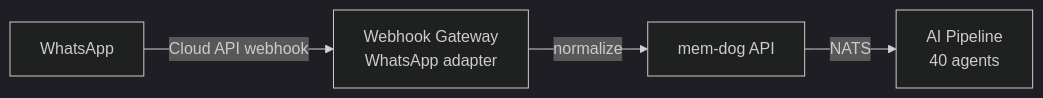
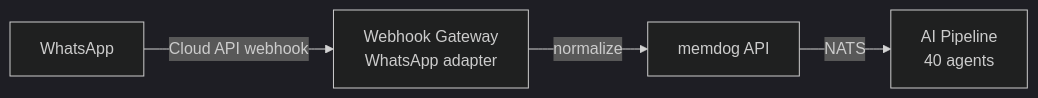
One commit to BuildGeekAI/mem-dog changed the diagram in docs/apps/whatsapp-business/setup.md. Above: the diagram before and after it, drawn with Mermaid (dark theme). The commit also changed other lines of this file and 412 other files, not shown here.

````diff
--- a/docs/apps/whatsapp-business/setup.md
+++ b/docs/apps/whatsapp-business/setup.md
@@ -7,6 +7,6 @@
 ```mermaid
 graph LR
     WA[WhatsApp] -- "Cloud API webhook" --> GW[Webhook Gateway<br/>WhatsApp adapter]
-    GW -- "normalize" --> API[mem-dog API]
+    GW -- "normalize" --> API[memdog API]
     API -- "NATS" --> PIPE[AI Pipeline<br/>40 agents]
 ```
````
